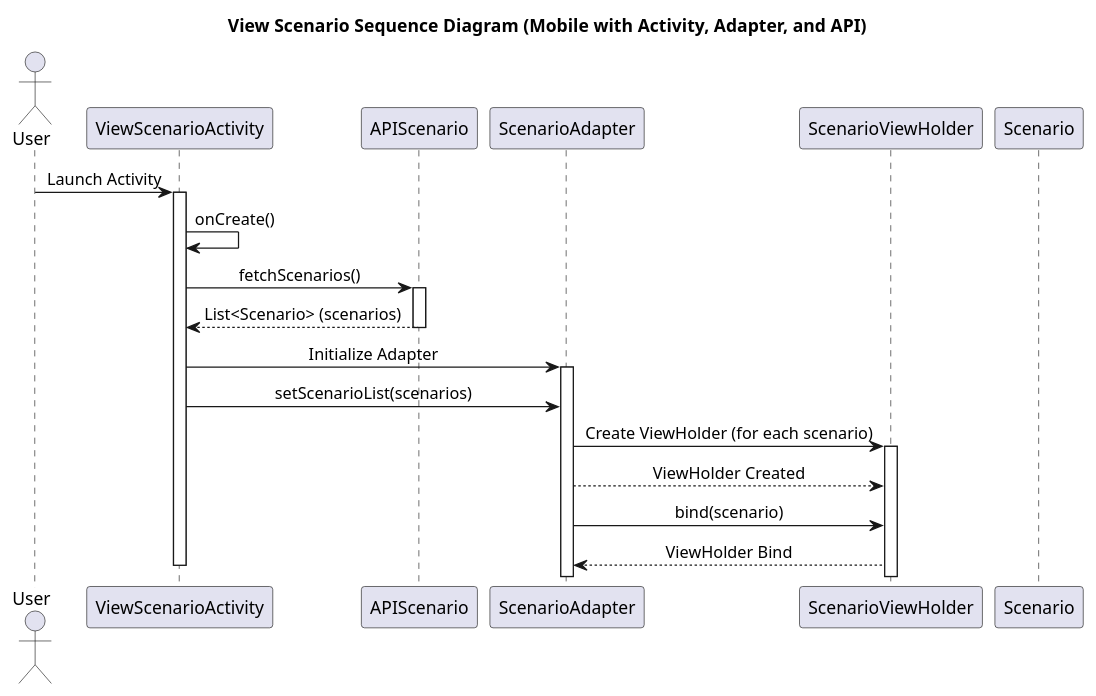
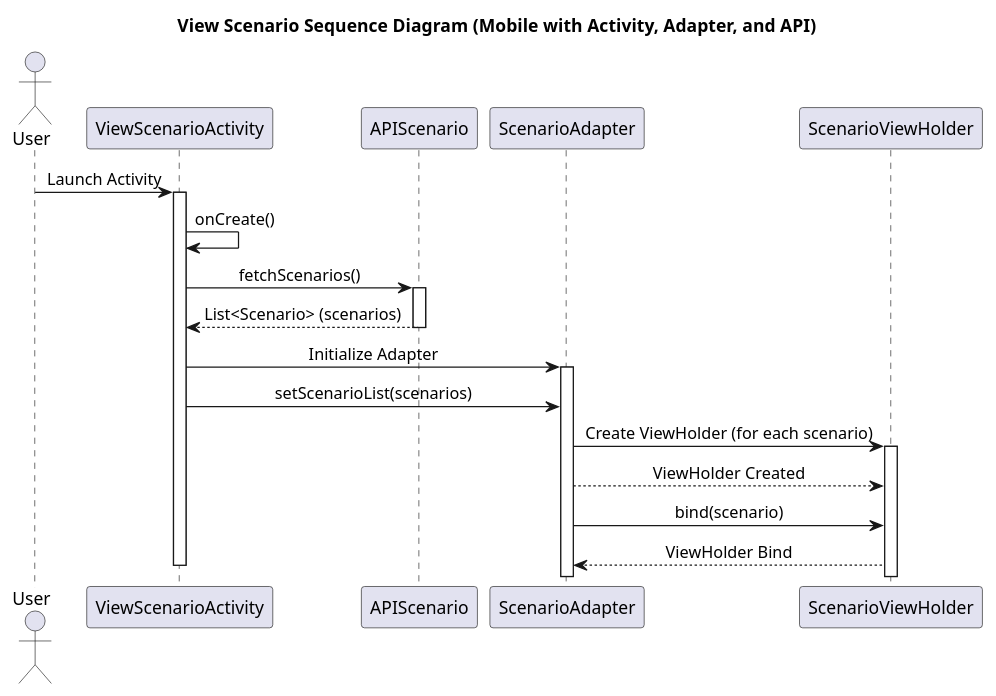
One commit to Caothuludau/InSyncDocument changed the diagram in ClassDiagram/MobileDiagram/ScenarioManagement/ViewScenarioListSequenceDiagram.plantuml. Above: the diagram before and after it, drawn with PlantUML. The commit also changed 14 other files, not shown here.

```diff
--- a/ClassDiagram/MobileDiagram/ScenarioManagement/ViewScenarioListSequenceDiagram.plantuml
+++ b/ClassDiagram/MobileDiagram/ScenarioManagement/ViewScenarioListSequenceDiagram.plantuml
@@ -1,34 +1,33 @@
 @startuml ViewScenarioSequenceDiagram
 
 title View Scenario Sequence Diagram (Mobile with Activity, Adapter, and API)
 
 actor User
 participant ViewScenarioActivity
 participant APIScenario
 participant ScenarioAdapter
 participant ScenarioViewHolder
-participant Scenario
 skinparam SequenceMessageAlignment center
 
 User -> ViewScenarioActivity : Launch Activity
 activate ViewScenarioActivity
 ViewScenarioActivity -> ViewScenarioActivity : onCreate()
 
 ViewScenarioActivity -> APIScenario : fetchScenarios()
 activate APIScenario
 APIScenario --> ViewScenarioActivity : List<Scenario> (scenarios)
 deactivate APIScenario
 
 ViewScenarioActivity -> ScenarioAdapter : Initialize Adapter
 activate ScenarioAdapter
 ViewScenarioActivity -> ScenarioAdapter : setScenarioList(scenarios)
 
 ScenarioAdapter -> ScenarioViewHolder : Create ViewHolder (for each scenario)
 activate ScenarioViewHolder
 ScenarioViewHolder <-- ScenarioAdapter : ViewHolder Created
 ScenarioAdapter -> ScenarioViewHolder : bind(scenario)
 ScenarioViewHolder --> ScenarioAdapter : ViewHolder Bind
 
 deactivate ViewScenarioActivity
 
 @enduml
```
